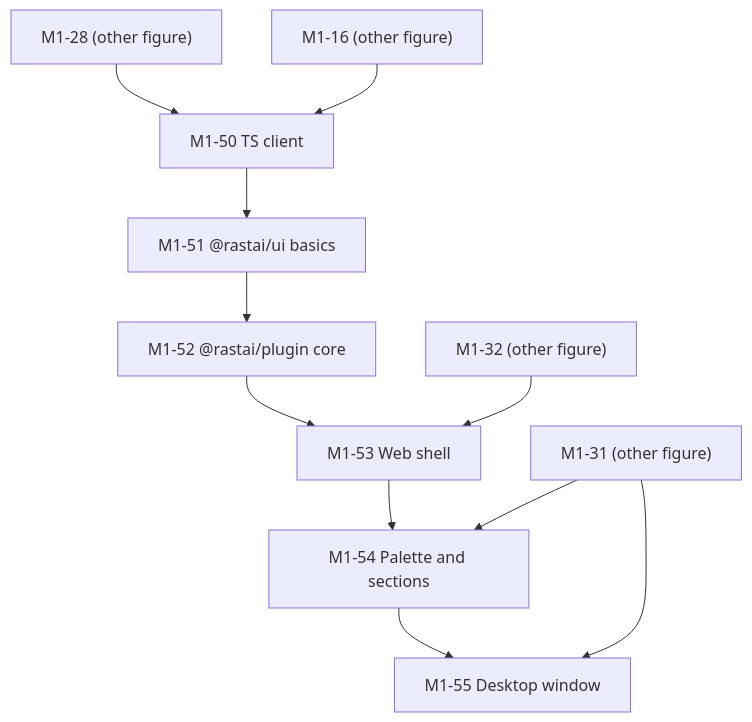
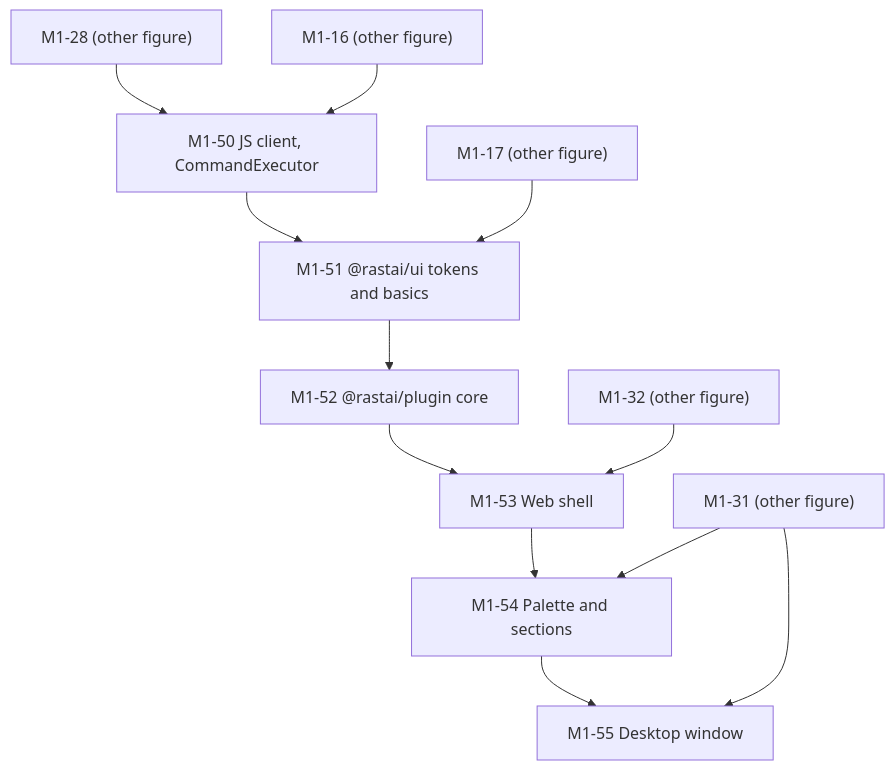
Before and after one commit to Snubiss/RASTAI-Research-Studio: the fifth of 6 diagrams in docs/plan/implementation-plan.md, drawn with Mermaid. The commit also changed other lines of this file and 44 other files, not shown here.

````diff
--- a/docs/plan/implementation-plan.md
+++ b/docs/plan/implementation-plan.md
@@ -504,23 +541,25 @@
 ```mermaid
 flowchart TD
-  M1_50["M1-50 TS client"]
-  M1_51["M1-51 @rastai/ui basics"]
+  M1_50["M1-50 JS client, CommandExecutor"]
+  M1_51["M1-51 @rastai/ui tokens and basics"]
   M1_52["M1-52 @rastai/plugin core"]
   M1_53["M1-53 Web shell"]
   M1_54["M1-54 Palette and sections"]
   M1_55["M1-55 Desktop window"]
   M1_28["M1-28 (other figure)"]
   M1_16["M1-16 (other figure)"]
+  M1_17["M1-17 (other figure)"]
   M1_32["M1-32 (other figure)"]
   M1_31["M1-31 (other figure)"]
   M1_28 --> M1_50
   M1_16 --> M1_50
   M1_50 --> M1_51
+  M1_17 --> M1_51
   M1_51 --> M1_52
   M1_52 --> M1_53
   M1_32 --> M1_53
   M1_53 --> M1_54
   M1_31 --> M1_54
   M1_54 --> M1_55
   M1_31 --> M1_55
 ```
````
